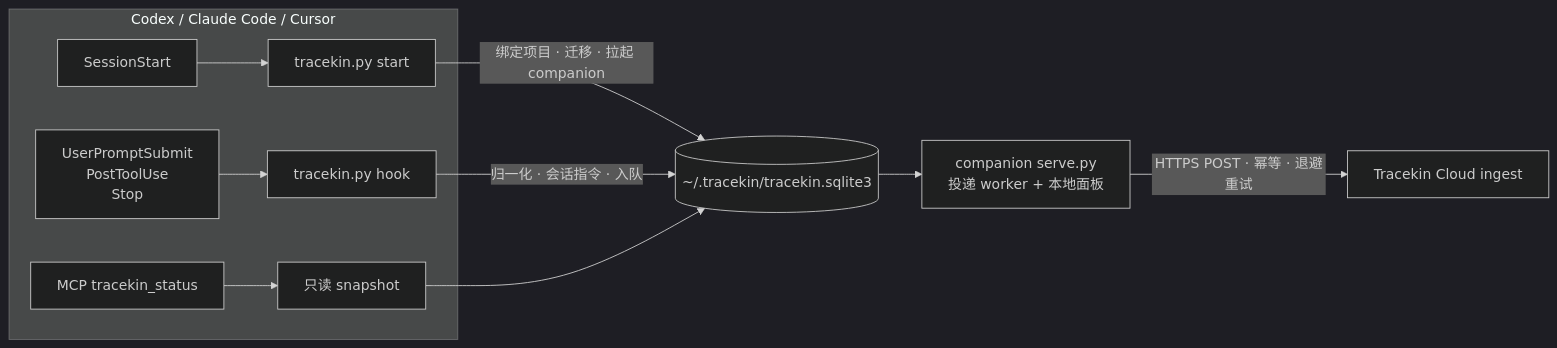
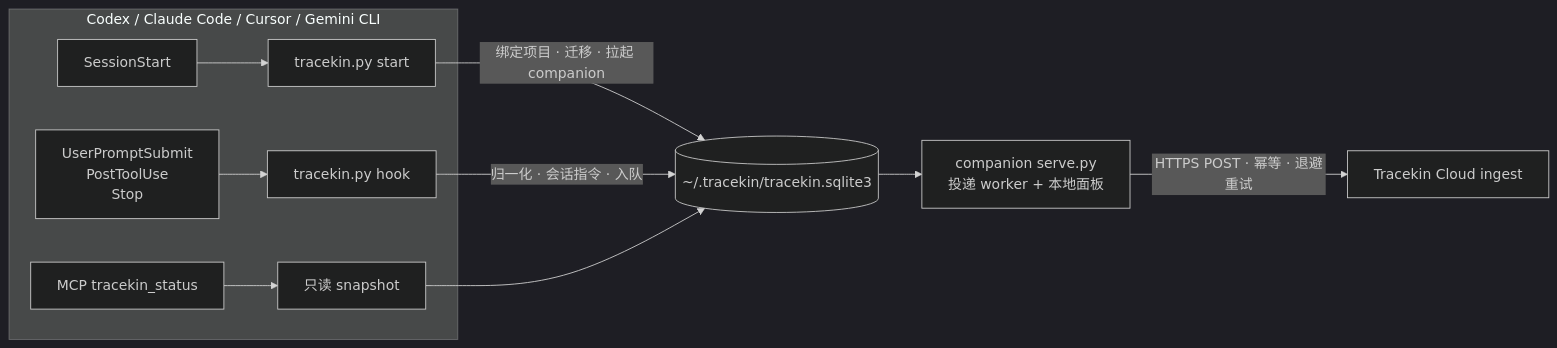
One commit to 0xblackbox/tracekin-remote-test changed the diagram in README.md. Above: the diagram before and after it, drawn with Mermaid (dark theme). The commit also changed other lines of this file and 15 other files, not shown here.

First line of the commit message:
Add Gemini CLI as a fourth harness and release 0.7.0

````diff
--- a/README.md
+++ b/README.md
@@ -34,13 +36,13 @@
 ```mermaid
 flowchart LR
-    subgraph harness["Codex / Claude Code / Cursor"]
+    subgraph harness["Codex / Claude Code / Cursor / Gemini CLI"]
         H1[SessionStart] --> S[tracekin.py start]
         H2[UserPromptSubmit<br/>PostToolUse<br/>Stop] --> K[tracekin.py hook]
         M[MCP tracekin_status] --> R[只读 snapshot]
     end
     S -->|绑定项目 · 迁移 · 拉起 companion| DB[(~/.tracekin/tracekin.sqlite3)]
     K -->|归一化 · 会话指令 · 入队| DB
     R --> DB
     DB --> W[companion serve.py<br/>投递 worker + 本地面板]
     W -->|HTTPS POST · 幂等 · 退避重试| C[Tracekin Cloud ingest]
 ```
````
